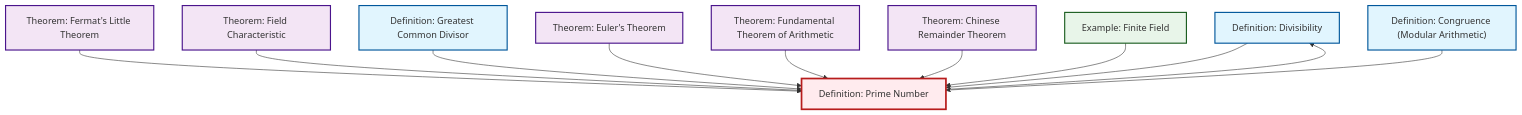
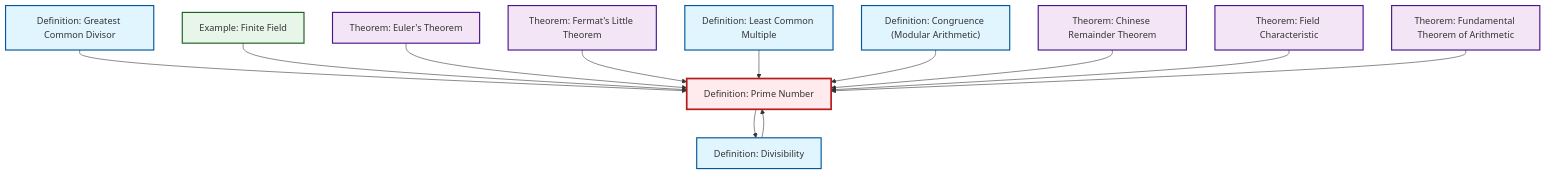
The diagram in content/en/number-theory/def-prime.qmd (RK0429/ModernMath), drawn with Mermaid before and after one commit. The commit also changed other lines of this file and 634 other files, not shown here.

First line of the commit message:
feat: Add prime ideal definition with comprehensive cross-references

````diff
--- a/content/en/number-theory/def-prime.qmd
+++ b/content/en/number-theory/def-prime.qmd
@@ -55,39 +56,42 @@
 ```{mermaid}
 %%| fig-cap: "Local dependency graph"
 graph TD
     classDef definition fill:#e1f5fe,stroke:#01579b,stroke-width:2px
     classDef theorem fill:#f3e5f5,stroke:#4a148c,stroke-width:2px
     classDef axiom fill:#fff3e0,stroke:#e65100,stroke-width:2px
     classDef example fill:#e8f5e9,stroke:#1b5e20,stroke-width:2px
     classDef current fill:#ffebee,stroke:#b71c1c,stroke-width:3px
+    def-gcd["Definition: Greatest Common Divisor"]:::definition
+    thm-euler["Theorem: Euler's Theorem"]:::theorem
+    thm-fermat-little["Theorem: Fermat's Little Theorem"]:::theorem
+    thm-fundamental-arithmetic["Theorem: Fundamental Theorem of Arithmetic"]:::theorem
+    def-lcm["Definition: Least Common Multiple"]:::definition
+    def-congruence["Definition: Congruence (Modular Arithmetic)"]:::definition
     def-divisibility["Definition: Divisibility"]:::definition
-    def-congruence["Definition: Congruence (Modular Arithmetic)"]:::definition
-    def-gcd["Definition: Greatest Common Divisor"]:::definition
+    thm-chinese-remainder["Theorem: Chinese Remainder Theorem"]:::theorem
+    ex-finite-field["Example: Finite Field"]:::example
     def-prime["Definition: Prime Number"]:::definition
-    ex-finite-field["Example: Finite Field"]:::example
     thm-field-characteristic["Theorem: Field Characteristic"]:::theorem
-    thm-fundamental-arithmetic["Theorem: Fundamental Theorem of Arithmetic"]:::theorem
-    thm-euler["Theorem: Euler's Theorem"]:::theorem
-    thm-chinese-remainder["Theorem: Chinese Remainder Theorem"]:::theorem
-    thm-fermat-little["Theorem: Fermat's Little Theorem"]:::theorem
+    def-divisibility --> def-prime
+    def-gcd --> def-prime
+    ex-finite-field --> def-prime
+    thm-euler --> def-prime
     thm-fermat-little --> def-prime
+    def-lcm --> def-prime
+    def-congruence --> def-prime
     def-prime --> def-divisibility
+    thm-chinese-remainder --> def-prime
     thm-field-characteristic --> def-prime
-    def-gcd --> def-prime
-    thm-euler --> def-prime
     thm-fundamental-arithmetic --> def-prime
-    thm-chinese-remainder --> def-prime
-    def-divisibility --> def-prime
-    ex-finite-field --> def-prime
-    def-congruence --> def-prime
     class def-prime current
+    click def-gcd "def-gcd.html" "Go to Greatest Common Divisor definition"
+    click thm-euler "thm-euler.html" "Go to Euler's Theorem theorem"
+    click thm-fermat-little "thm-fermat-little.html" "Go to Fermat's Little Theorem theorem"
+    click thm-fundamental-arithmetic "thm-fundamental-arithmetic.html" "Go to Fundamental Theorem of Arithmetic theorem"
+    click def-lcm "def-lcm.html" "Go to Least Common Multiple definition"
+    click def-congruence "def-congruence.html" "Go to Congruence (Modular Arithmetic) definition"
     click def-divisibility "def-divisibility.html" "Go to Divisibility definition"
-    click def-congruence "def-congruence.html" "Go to Congruence (Modular Arithmetic) definition"
-    click def-gcd "def-gcd.html" "Go to Greatest Common Divisor definition"
+    click thm-chinese-remainder "thm-chinese-remainder.html" "Go to Chinese Remainder Theorem theorem"
     click ex-finite-field "ex-finite-field.html" "Go to Finite Field example"
     click thm-field-characteristic "thm-field-characteristic.html" "Go to Field Characteristic theorem"
-    click thm-fundamental-arithmetic "thm-fundamental-arithmetic.html" "Go to Fundamental Theorem of Arithmetic theorem"
-    click thm-euler "thm-euler.html" "Go to Euler's Theorem theorem"
-    click thm-chinese-remainder "thm-chinese-remainder.html" "Go to Chinese Remainder Theorem theorem"
-    click thm-fermat-little "thm-fermat-little.html" "Go to Fermat's Little Theorem theorem"
 ```
````
